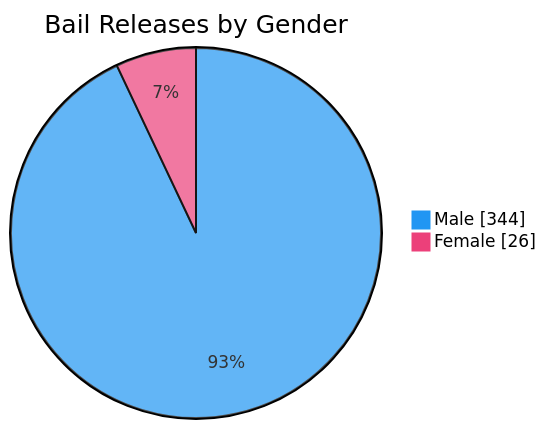
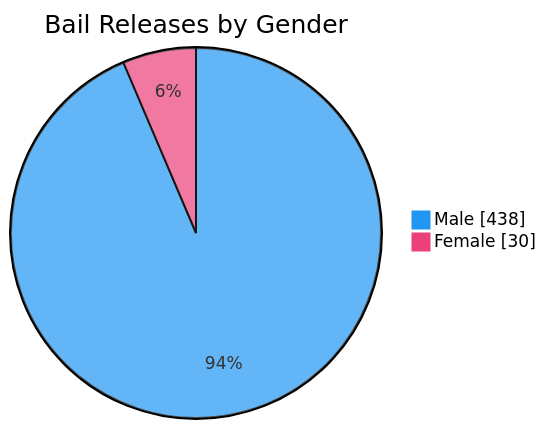
The seventh of 7 diagrams in README.md (nuuuwan/lk_prisons), drawn with Mermaid before and after one commit. The commit also changed other lines of this file and 1 other file, not shown here.

````diff
--- a/README.md
+++ b/README.md
@@ -109,6 +109,6 @@
 ```mermaid
 %%{init: {'themeVariables': {'pie1': '#2196F3', 'pie2': '#EC407A'}}}%%
 pie showData title Bail Releases by Gender
-    "Male" : 344
-    "Female" : 26
+    "Male" : 438
+    "Female" : 30
 ```
````
